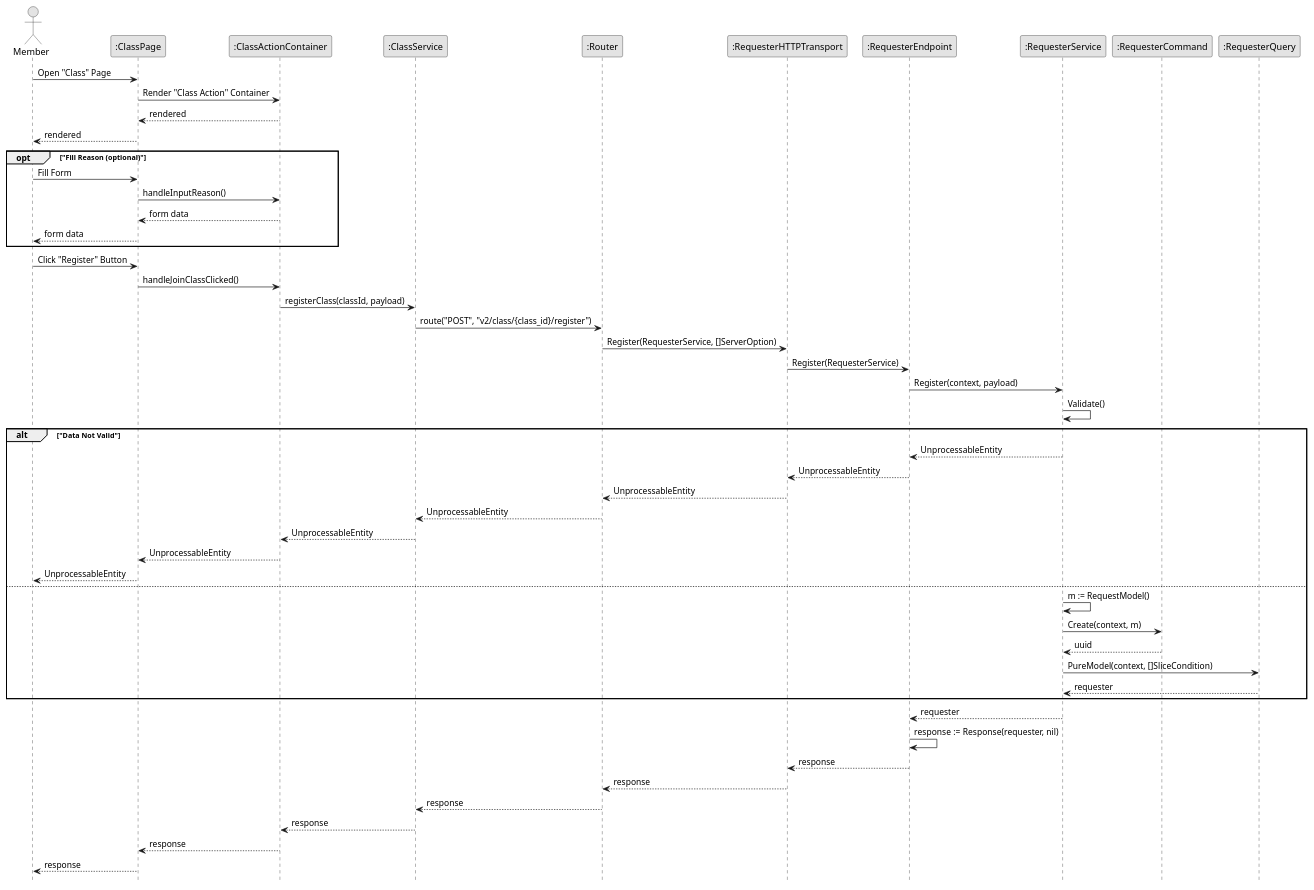
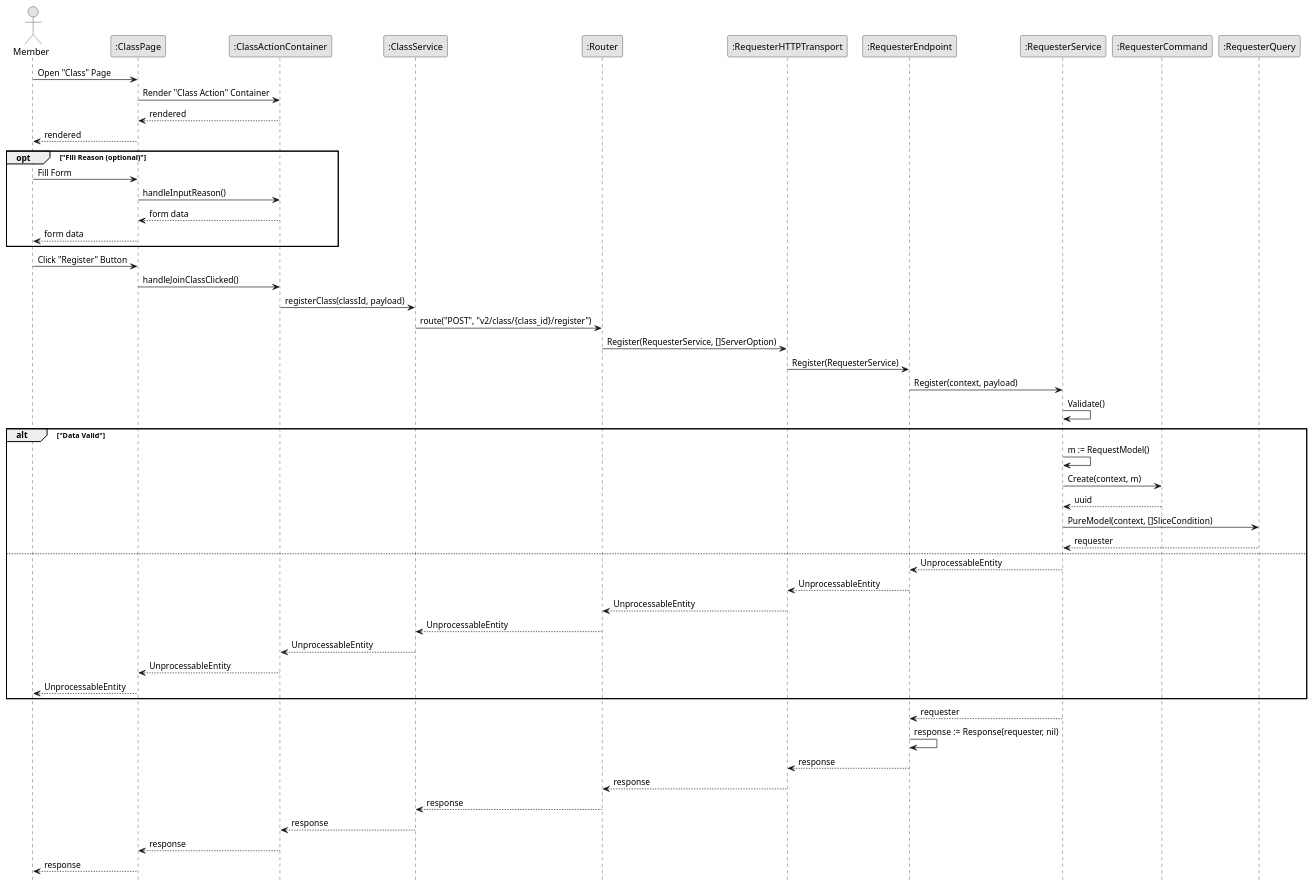
The diagram in Final/Sequence/Requester/RegisterClass.wsd (fwidjaya20/fazzlearning-uml), drawn with PlantUML before and after one commit. The commit also changed 47 other files, not shown here.

```diff
--- a/Final/Sequence/Requester/RegisterClass.wsd
+++ b/Final/Sequence/Requester/RegisterClass.wsd
@@ -1,65 +1,65 @@
 @startuml RegisterClass
 
 skinparam Monochrome true
 skinparam Shadowing false
 hide footbox
 
 actor Member
 participant ":ClassPage" as ClassPage
 participant ":ClassActionContainer" as ClassActionContainer
 participant ":ClassService" as FEClassService
 participant ":Router" as Router
 participant ":RequesterHTTPTransport" as RequesterHTTPTransport
 participant ":RequesterEndpoint" as RequesterEndpoint
 participant ":RequesterService" as RequesterService
 participant ":RequesterCommand" as RequesterCommand
 participant ":RequesterQuery" as RequesterQuery
 
 Member->ClassPage: Open "Class" Page
 ClassPage->ClassActionContainer: Render "Class Action" Container
 ClassActionContainer-->ClassPage: rendered
 ClassPage-->Member: rendered
 
 opt "Fill Reason (optional)"
     Member->ClassPage: Fill Form
     ClassPage->ClassActionContainer: handleInputReason()
     ClassActionContainer-->ClassPage: form data
     ClassPage-->Member: form data
 end
 
 Member->ClassPage: Click "Register" Button
 ClassPage->ClassActionContainer: handleJoinClassClicked()
 ClassActionContainer->FEClassService: registerClass(classId, payload)
 FEClassService->Router: route("POST", "v2/class/{class_id}/register")
 Router->RequesterHTTPTransport: Register(RequesterService, []ServerOption)
 RequesterHTTPTransport->RequesterEndpoint: Register(RequesterService)
 RequesterEndpoint->RequesterService: Register(context, payload)
 RequesterService->RequesterService: Validate()
 
-alt "Data Not Valid"
+alt "Data Valid"
+    RequesterService->RequesterService: m := RequestModel()
+    RequesterService->RequesterCommand: Create(context, m)
+    RequesterCommand-->RequesterService: uuid
+
+    RequesterService->RequesterQuery: PureModel(context, []SliceCondition)
+    RequesterQuery-->RequesterService: requester
+else
     RequesterService-->RequesterEndpoint: UnprocessableEntity
     RequesterEndpoint-->RequesterHTTPTransport: UnprocessableEntity
     RequesterHTTPTransport-->Router: UnprocessableEntity
     Router-->FEClassService: UnprocessableEntity
     FEClassService-->ClassActionContainer: UnprocessableEntity
     ClassActionContainer-->ClassPage: UnprocessableEntity
     ClassPage-->Member: UnprocessableEntity
-else
-    RequesterService->RequesterService: m := RequestModel()
-    RequesterService->RequesterCommand: Create(context, m)
-    RequesterCommand-->RequesterService: uuid
-
-    RequesterService->RequesterQuery: PureModel(context, []SliceCondition)
-    RequesterQuery-->RequesterService: requester
 end
 
 RequesterService-->RequesterEndpoint: requester
 RequesterEndpoint->RequesterEndpoint: response := Response(requester, nil)
 RequesterEndpoint-->RequesterHTTPTransport: response
 RequesterHTTPTransport-->Router: response
 Router-->FEClassService: response
 FEClassService-->ClassActionContainer: response
 ClassActionContainer-->ClassPage: response
 ClassPage-->Member: response
 
 @enduml
```
